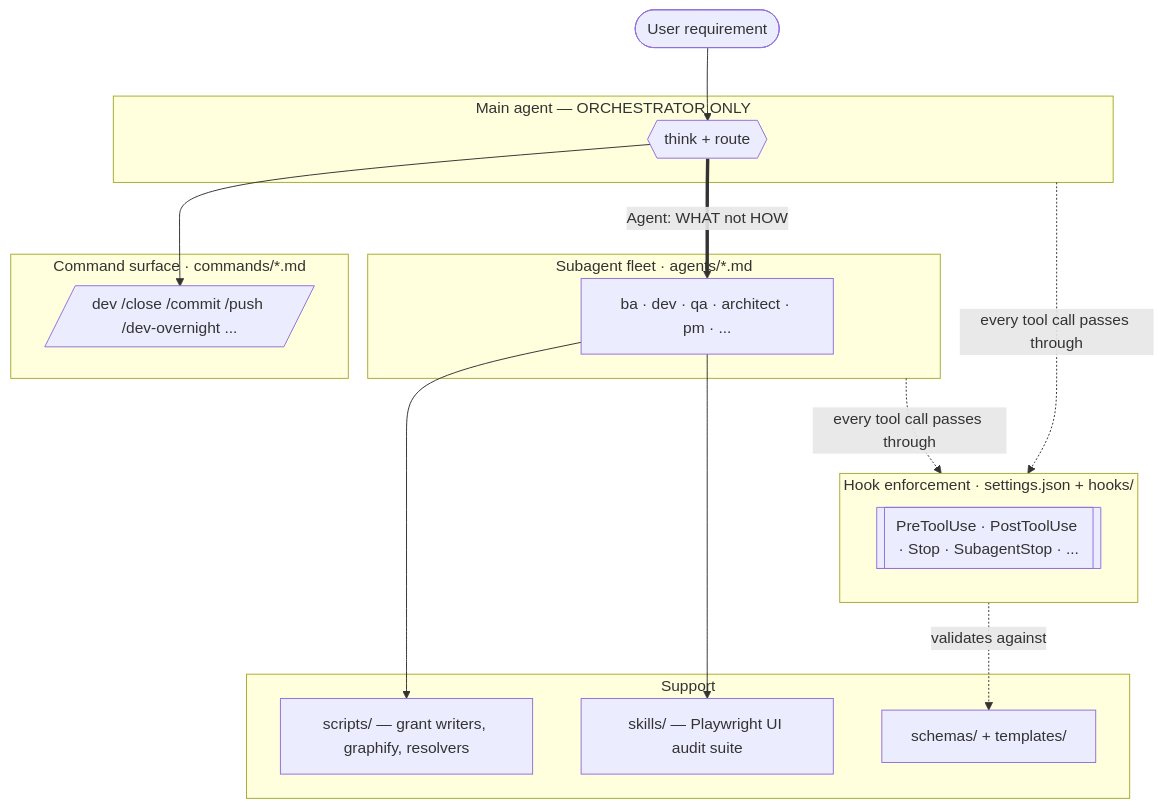
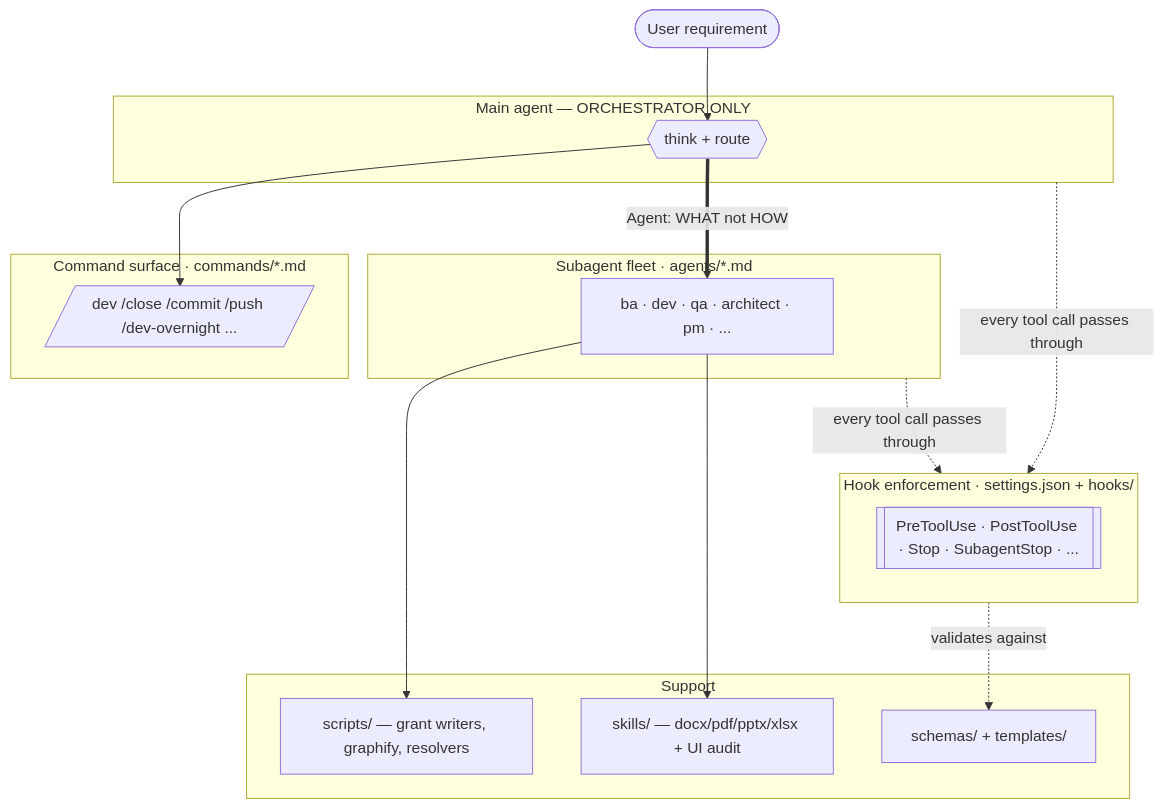
Before and after one commit to Yugoge/claude-code-config: the first of 5 diagrams in ARCHITECTURE.md, drawn with Mermaid. The commit also changed other lines of this file and 7 other files, not shown here.

````diff
--- a/ARCHITECTURE.md
+++ b/ARCHITECTURE.md
@@ -58,34 +58,34 @@
 ```mermaid
 flowchart TD
     U([User requirement]) --> ORCH
 
     subgraph L0[Main agent — ORCHESTRATOR ONLY]
       ORCH{{think + route}}
     end
 
     subgraph L1[Command surface · commands/*.md]
       CMD[/dev /close /commit /push /dev-overnight .../]
     end
 
     subgraph L2[Subagent fleet · agents/*.md]
       FLEET[ba · dev · qa · architect · pm · ...]
     end
 
     subgraph L3[Hook enforcement · settings.json + hooks/]
       HOOKS[[PreToolUse · PostToolUse · Stop · SubagentStop · ...]]
     end
 
     subgraph L4[Support]
       SCR[scripts/ — grant writers, graphify, resolvers]
-      SK[skills/ — Playwright UI audit suite]
+      SK[skills/ — docx/pdf/pptx/xlsx + UI audit]
       SCH[schemas/ + templates/]
     end
 
     ORCH --> CMD
     ORCH ==>|Agent: WHAT not HOW| FLEET
     FLEET --> SCR
     FLEET --> SK
     L0 -.every tool call passes through.-> L3
     L2 -.every tool call passes through.-> L3
     L3 -.validates against.-> SCH
 ```
````
